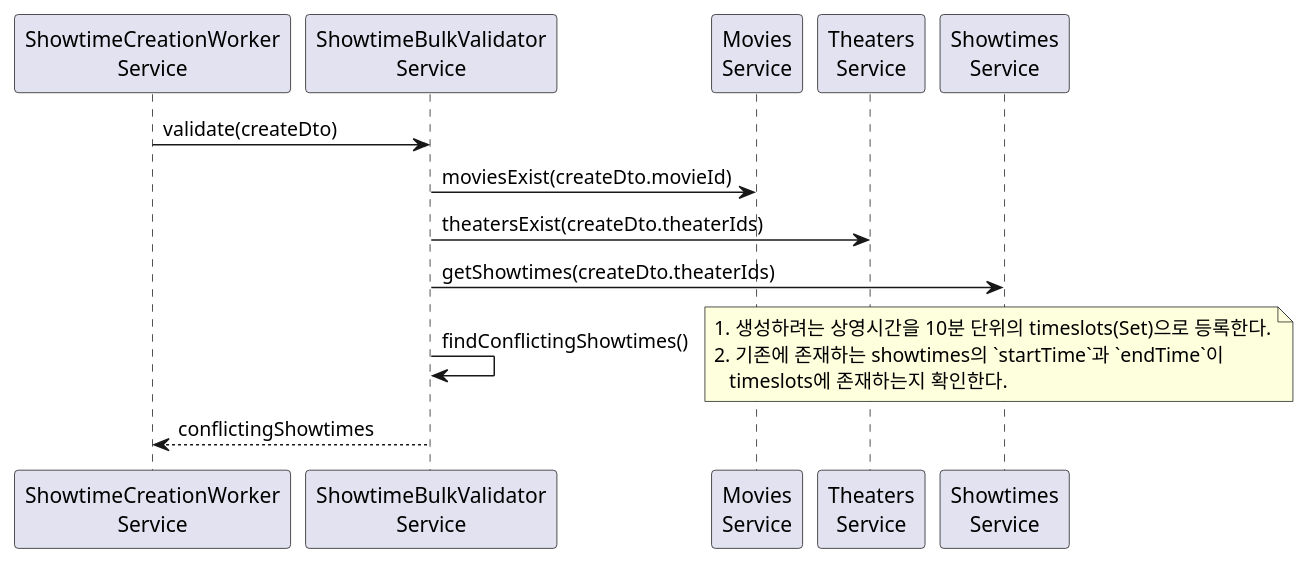
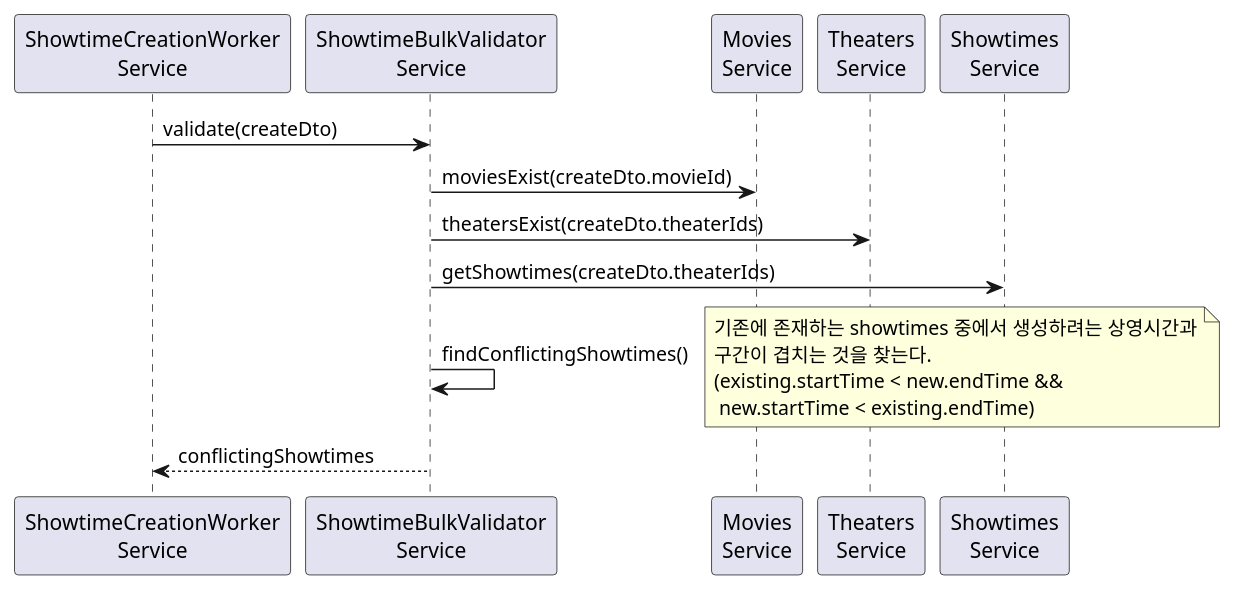
The tenth of 17 diagrams in _posts/3026-06-11-backend-design-3.5.md (mannercode/mannercode.github.io), drawn with PlantUML before and after one commit. The commit also changed other lines of this file and 9 other files, not shown here.

```diff
--- a/_posts/3026-06-11-backend-design-3.5.md
+++ b/_posts/3026-06-11-backend-design-3.5.md
@@ -387,21 +392,22 @@
 {% plantuml %}
 @startuml
 participant "ShowtimeCreationWorker\nService" as worker
 participant "ShowtimeBulkValidator\nService" as validator
 participant "Movies\nService" as movies
 participant "Theaters\nService" as theaters
 participant "Showtimes\nService" as showtimes
 
 worker -> validator: validate(createDto)
 validator -> movies: moviesExist(createDto.movieId)
 validator -> theaters: theatersExist(createDto.theaterIds)
 validator -> showtimes: getShowtimes(createDto.theaterIds)
 validator -> validator: findConflictingShowtimes()
 note right
-1. 생성하려는 상영시간을 10분 단위의 timeslots(Set)으로 등록한다.
-2. 기존에 존재하는 showtimes의 `startTime`과 `endTime`이
-   timeslots에 존재하는지 확인한다.
+기존에 존재하는 showtimes 중에서 생성하려는 상영시간과
+구간이 겹치는 것을 찾는다.
+(existing.startTime < new.endTime &&
+ new.startTime < existing.endTime)
 end note
 worker <-- validator: conflictingShowtimes
 @enduml
 {% endplantuml %}
```
